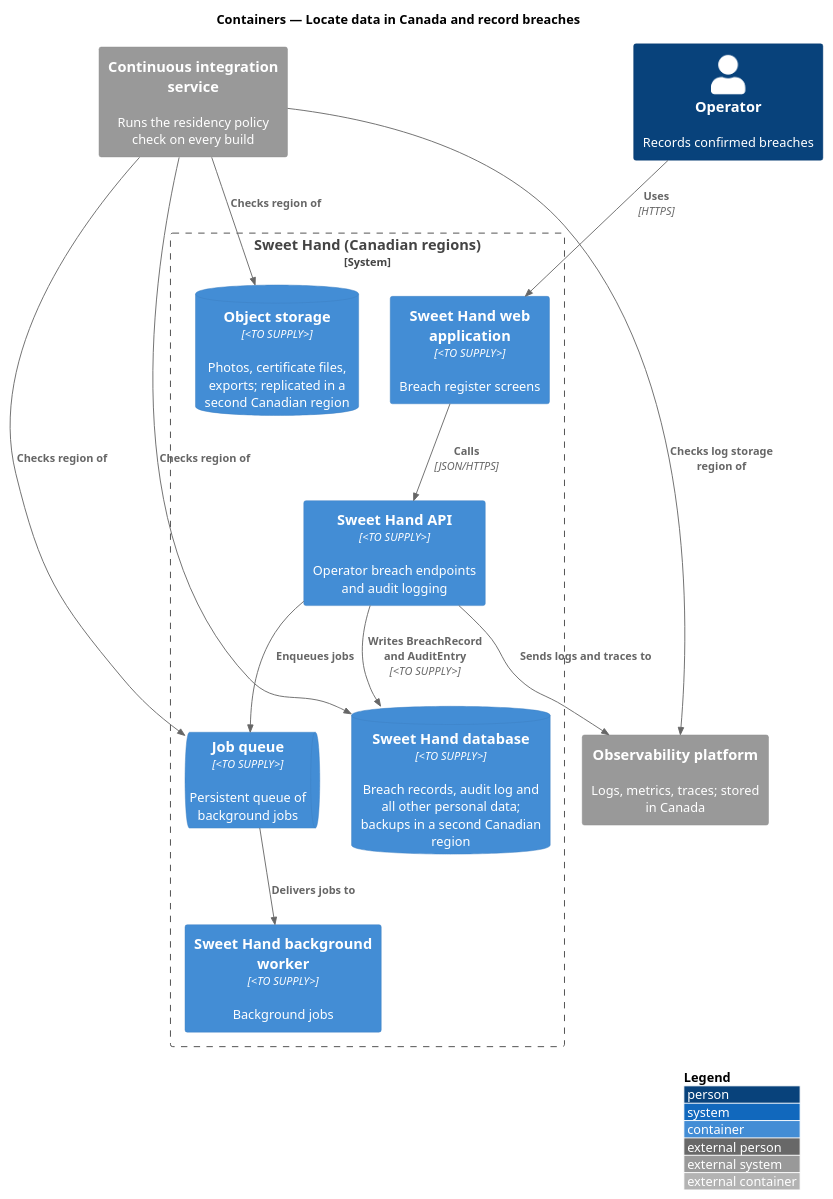
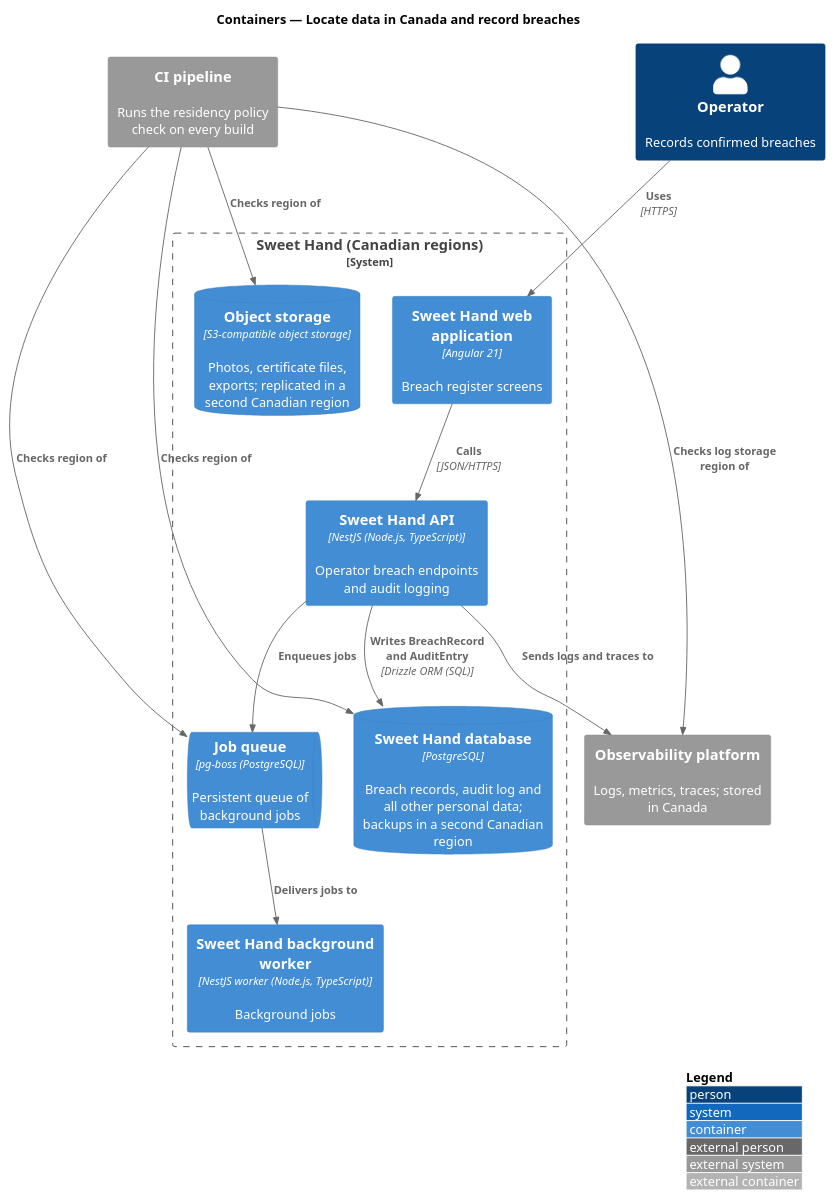
One commit to QuinntyneBrown/sweet-hand changed the diagram in docs/detailed-designs/privacy/locate-data-and-record-breaches/diagrams/c4-container.puml. Above: the diagram before and after it, drawn with PlantUML. The commit also changed 34 other files, not shown here.

```diff
--- a/docs/detailed-designs/privacy/locate-data-and-record-breaches/diagrams/c4-container.puml
+++ b/docs/detailed-designs/privacy/locate-data-and-record-breaches/diagrams/c4-container.puml
@@ -1,29 +1,29 @@
 @startuml
 !include <C4/C4_Container>
 LAYOUT_WITH_LEGEND()
 title Containers — Locate data in Canada and record breaches
 
 Person(operator, "Operator", "Records confirmed breaches")
-System_Ext(ci, "Continuous integration service", "Runs the residency policy check on every build")
+System_Ext(ci, "CI pipeline", "Runs the residency policy check on every build")
 System_Ext(obs, "Observability platform", "Logs, metrics, traces; stored in Canada")
 
 System_Boundary(sweethand, "Sweet Hand (Canadian regions)") {
-  Container(web, "Sweet Hand web application", "<TO SUPPLY>", "Breach register screens")
-  Container(api, "Sweet Hand API", "<TO SUPPLY>", "Operator breach endpoints and audit logging")
-  Container(worker, "Sweet Hand background worker", "<TO SUPPLY>", "Background jobs")
-  ContainerQueue(queue, "Job queue", "<TO SUPPLY>", "Persistent queue of background jobs")
-  ContainerDb(db, "Sweet Hand database", "<TO SUPPLY>", "Breach records, audit log and all other personal data; backups in a second Canadian region")
-  ContainerDb(storage, "Object storage", "<TO SUPPLY>", "Photos, certificate files, exports; replicated in a second Canadian region")
+  Container(web, "Sweet Hand web application", "Angular 21", "Breach register screens")
+  Container(api, "Sweet Hand API", "NestJS (Node.js, TypeScript)", "Operator breach endpoints and audit logging")
+  Container(worker, "Sweet Hand background worker", "NestJS worker (Node.js, TypeScript)", "Background jobs")
+  ContainerQueue(queue, "Job queue", "pg-boss (PostgreSQL)", "Persistent queue of background jobs")
+  ContainerDb(db, "Sweet Hand database", "PostgreSQL", "Breach records, audit log and all other personal data; backups in a second Canadian region")
+  ContainerDb(storage, "Object storage", "S3-compatible object storage", "Photos, certificate files, exports; replicated in a second Canadian region")
 }
 
 Rel(operator, web, "Uses", "HTTPS")
 Rel(web, api, "Calls", "JSON/HTTPS")
-Rel(api, db, "Writes BreachRecord and AuditEntry", "<TO SUPPLY>")
+Rel(api, db, "Writes BreachRecord and AuditEntry", "Drizzle ORM (SQL)")
 Rel(api, queue, "Enqueues jobs")
 Rel(queue, worker, "Delivers jobs to")
 Rel(api, obs, "Sends logs and traces to")
 Rel(ci, db, "Checks region of")
 Rel(ci, storage, "Checks region of")
 Rel(ci, queue, "Checks region of")
 Rel(ci, obs, "Checks log storage region of")
 @enduml
```
